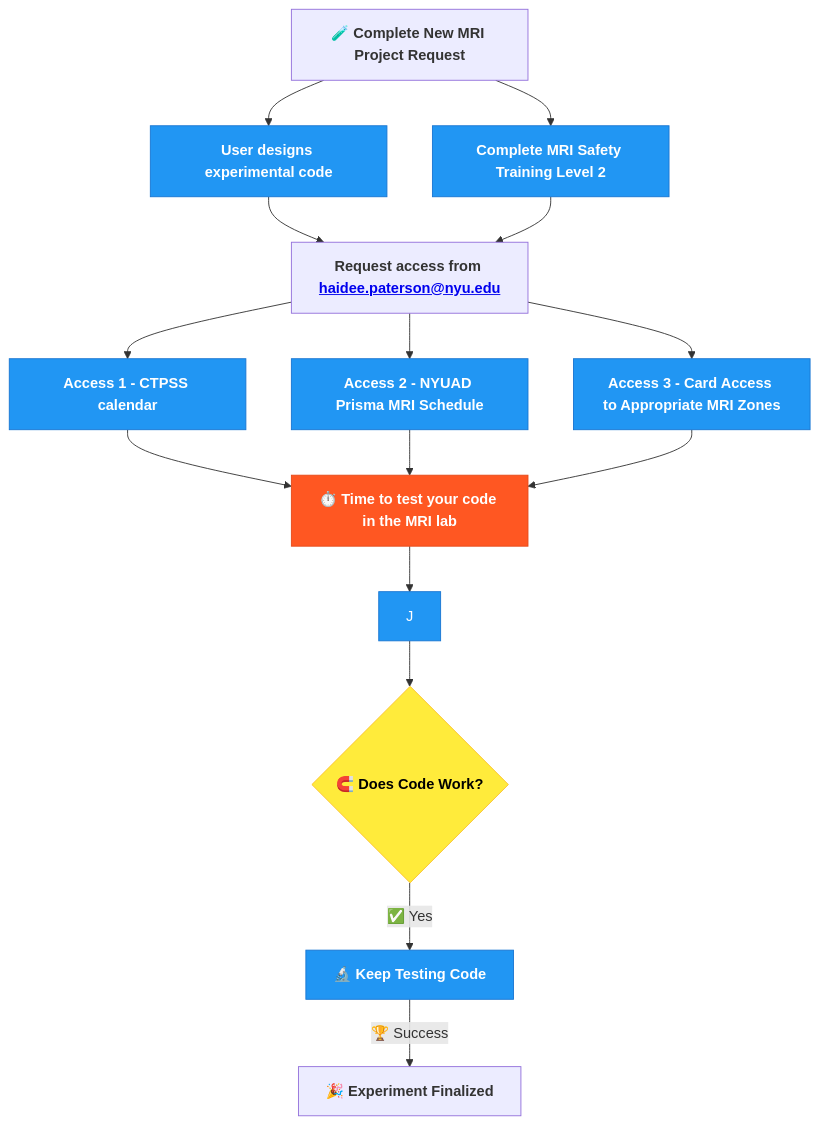
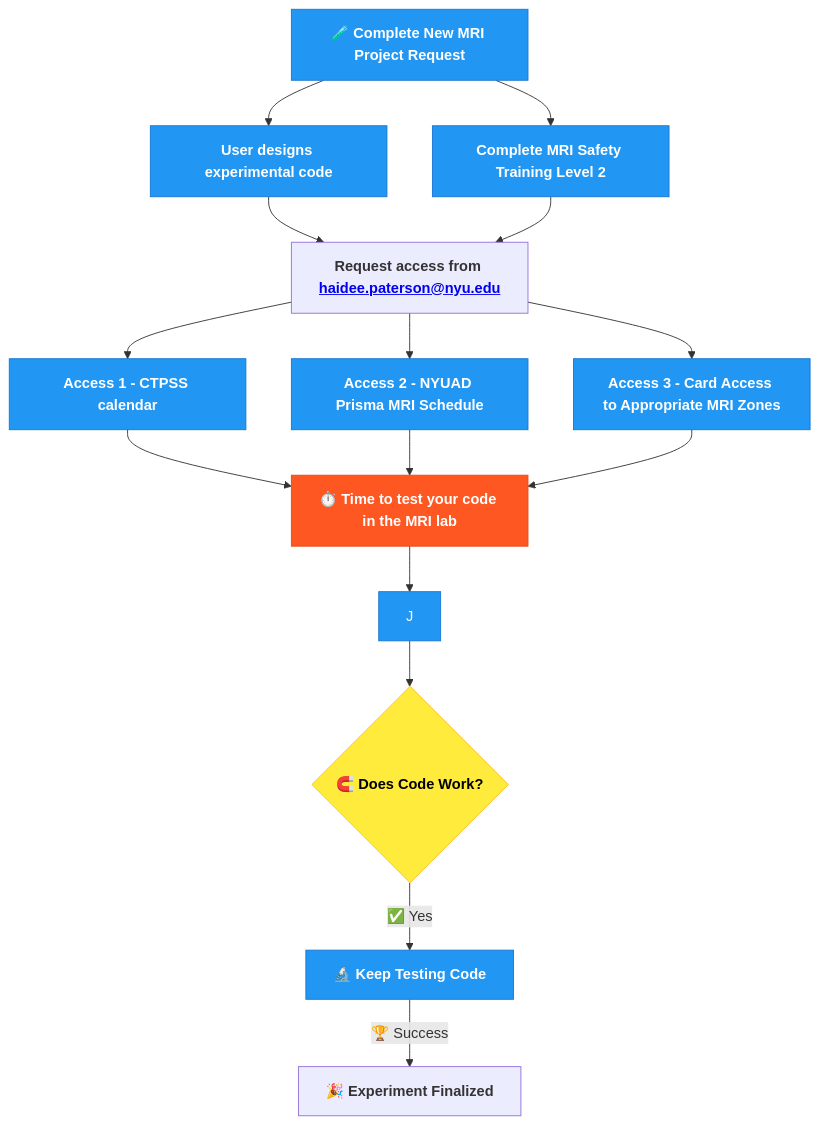
Before and after one commit to BioMedicalImaging-Core-NYUAD/brainimaging-lab-documentation: the diagram in docs/source/1-lab_overview/3-process_diagram.rst, drawn with Mermaid.

Commit message:
added link

```diff
--- a/docs/source/1-lab_overview/3-process_diagram.rst
+++ b/docs/source/1-lab_overview/3-process_diagram.rst
@@ -5,34 +5,34 @@
 .. mermaid::
 
   graph TD;
     B[🧪 <b>Complete New MRI Project Request</b>];
     B --> C[<b>User designs experimental code</b>];
     B --> D[<b>Complete MRI Safety Training Level 2</b>];
     C --> E[<b>Request access from <a href="mailto:haidee.paterson@nyu.edu">haidee.paterson@nyu.edu</a></b>];
     D --> E;
     E --> F[<b>Access 1 - CTPSS calendar</b>];
     E --> G[<b>Access 2 - NYUAD Prisma MRI Schedule</b>];
     E --> H[<b>Access 3 - Card Access to Appropriate MRI Zones</b>];
     F --> I[⏱️ <b>Time to test your code in the MRI lab</b>];
     G --> I;
     H --> I;
     I --> J
     J --> K{🧲️ <b>Does Code Work?</b>};
     K --✅ Yes --> L[🔬 <b>Keep Testing Code</b>];
     L -->|🏆 Success| M[🎉 <b>Experiment Finalized</b>];
 
     %% Clickable Nodes
     click B "https://drive.google.com/file/d/10Py1KSAsktpCjU6c3lLuWLqVL2a5ofee/view?usp=drive_link"
     click D "https://app.imagingu.com/courses/personnel-group-ii-yearly"
     click E "mailto:haidee.paterson@nyu.edu" "Email haidee.paterson@nyu.edu"
     click F "https://corelabs.abudhabi.nyu.edu/"
 
     %% Style Definitions
     classDef success fill:#4CAF50,stroke:#2E7D32,color:#fff;
     classDef decision fill:#FFEB3B,stroke:#FBC02D,color:#000;
     classDef process fill:#2196F3,stroke:#1976D2,color:#fff;
     classDef warning fill:#FF5722,stroke:#E64A19,color:#fff;
 
-    class C,D,F,G,H,J,L process;
+    class B,C,D,F,G,H,J,L process;
     class I warning;
     class K decision;
```
